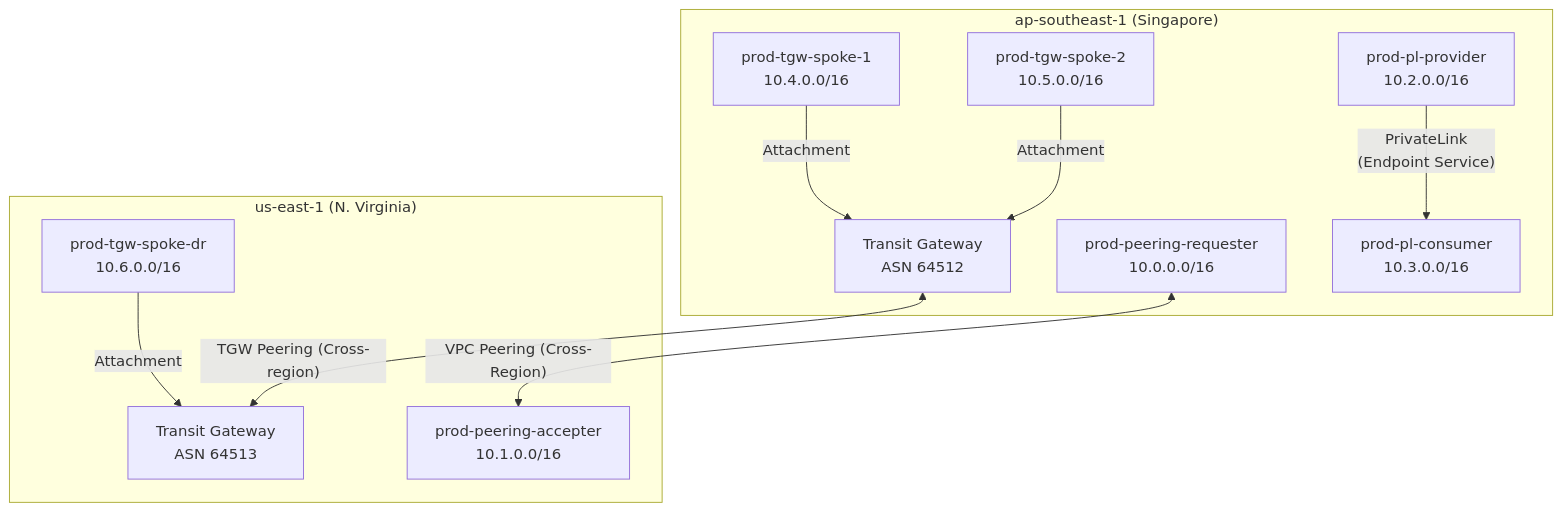
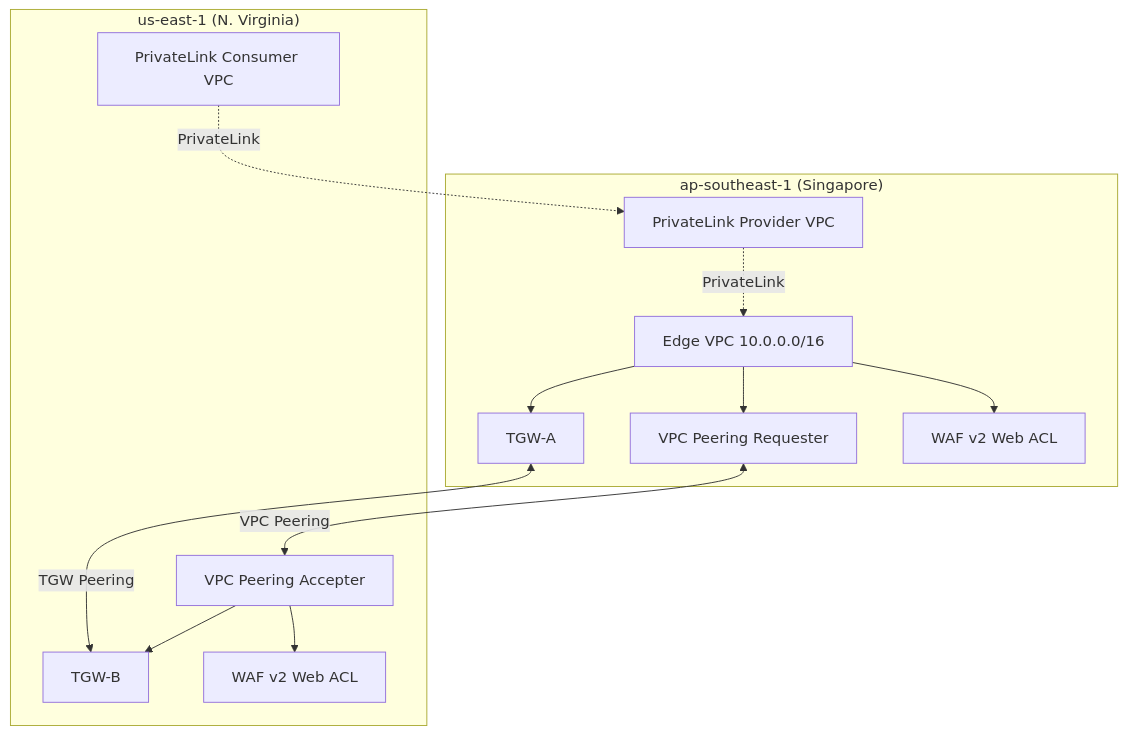
The sixth of 6 diagrams in docs/README.md (duynhlab/tf-ministack-local), drawn with Mermaid before and after one commit. The commit also changed other lines of this file and 11 other files, not shown here.

Commit message:
Add WAFv2 module and docs plus env diagrams

````diff
--- a/docs/README.md
+++ b/docs/README.md
@@ -398,27 +424,29 @@
 ```mermaid
 graph TD
     subgraph "ap-southeast-1 (Singapore)"
-        TGW_SG["Transit Gateway<br/>ASN 64512"]
-        APP_PEERING["prod-peering-requester<br/>10.0.0.0/16"]
-        PL_PROVIDER["prod-pl-provider<br/>10.2.0.0/16"]
-        PL_CONSUMER["prod-pl-consumer<br/>10.3.0.0/16"]
-        SPOKE_1["prod-tgw-spoke-1<br/>10.4.0.0/16"]
-        SPOKE_2["prod-tgw-spoke-2<br/>10.5.0.0/16"]
+        EDGE_VPC["Edge VPC 10.0.0.0/16"]
+        TGW_A["TGW-A"]
+        PEER_A["VPC Peering Requester"]
+        PL_PROVIDER["PrivateLink Provider VPC"]
+        WAF_A["WAF v2 Web ACL"]
 
-        SPOKE_1 -->|Attachment| TGW_SG
-        SPOKE_2 -->|Attachment| TGW_SG
-
-        PL_PROVIDER -->|"PrivateLink<br/>(Endpoint Service)"| PL_CONSUMER
+        EDGE_VPC --> TGW_A
+        EDGE_VPC --> PEER_A
+        EDGE_VPC --> WAF_A
+        PL_PROVIDER -.->|PrivateLink| EDGE_VPC
     end
 
     subgraph "us-east-1 (N. Virginia)"
-        TGW_US["Transit Gateway<br/>ASN 64513"]
-        APP_ACCEPTER["prod-peering-accepter<br/>10.1.0.0/16"]
-        SPOKE_DR["prod-tgw-spoke-dr<br/>10.6.0.0/16"]
+        PEER_B["VPC Peering Accepter"]
+        TGW_B["TGW-B"]
+        PL_CONSUMER["PrivateLink Consumer VPC"]
+        WAF_B["WAF v2 Web ACL"]
 
-        SPOKE_DR -->|Attachment| TGW_US
+        PEER_B --> TGW_B
+        PEER_B --> WAF_B
+        PL_CONSUMER -.->|PrivateLink| PL_PROVIDER
     end
 
-    TGW_SG <-->|"TGW Peering (Cross-region)"| TGW_US
-    APP_PEERING <-->|"VPC Peering (Cross-Region)"| APP_ACCEPTER
+    TGW_A <-->|"TGW Peering"| TGW_B
+    PEER_A <-->|"VPC Peering"| PEER_B
 ```
````
